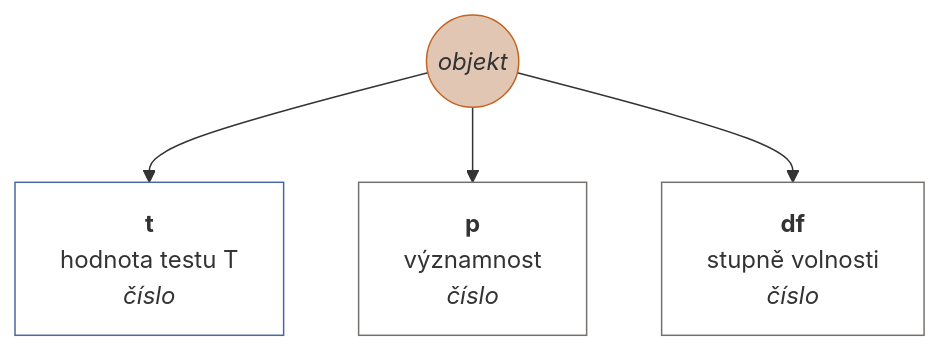
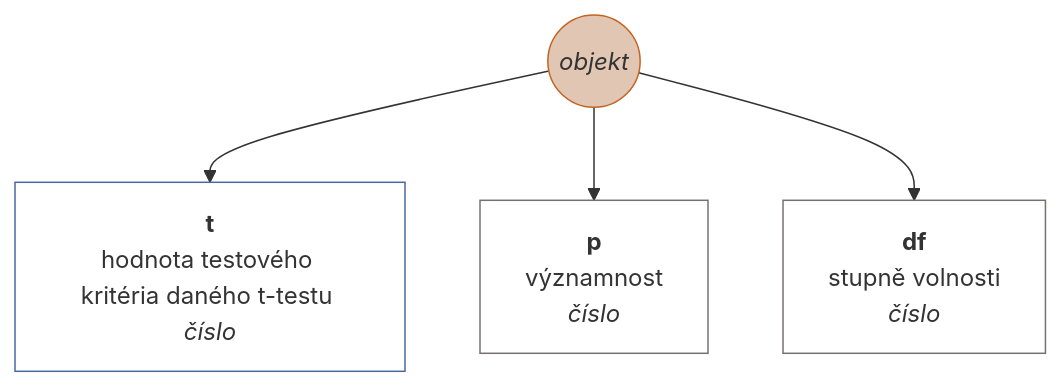
One commit to muzikp/retusa changed the ninth of 14 diagrams in docs/cs-CZ/matrix.md. Above: the diagram before and after it, drawn with Mermaid. The commit also changed other lines of this file and 11 other files, not shown here.

````diff
--- a/docs/cs-CZ/matrix.md
+++ b/docs/cs-CZ/matrix.md
@@ -492,16 +491,16 @@
 ```mermaid
 graph TD
 ttestind((<i>objekt</i>))
 style ttestind fill:#E1C6B3;
 style ttestind stroke:#C36422;
-ttestind --> t[<b>t</b><br>hodnota testu T <br><i>číslo</i>]
+ttestind --> t[<b>t</b><br>hodnota testového kritéria daného t-testu <br><i>číslo</i>]
 style t fill:#FFFFFF;
 style t stroke:#4967A4;
 ttestind --> p[<b>p</b><br>významnost <br><i>číslo</i>]
 style p fill:#FFFFFF;
 style p stroke:#75716F;
 ttestind --> df[<b>df</b><br>stupně volnosti <br><i>číslo</i>]
 style df fill:#FFFFFF;
 style df stroke:#75716F;
 
 ```
````
